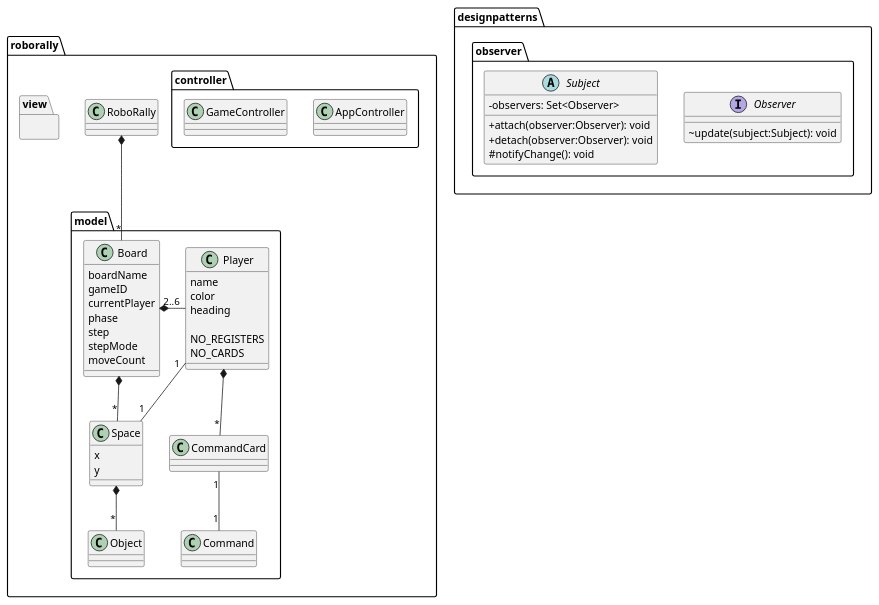
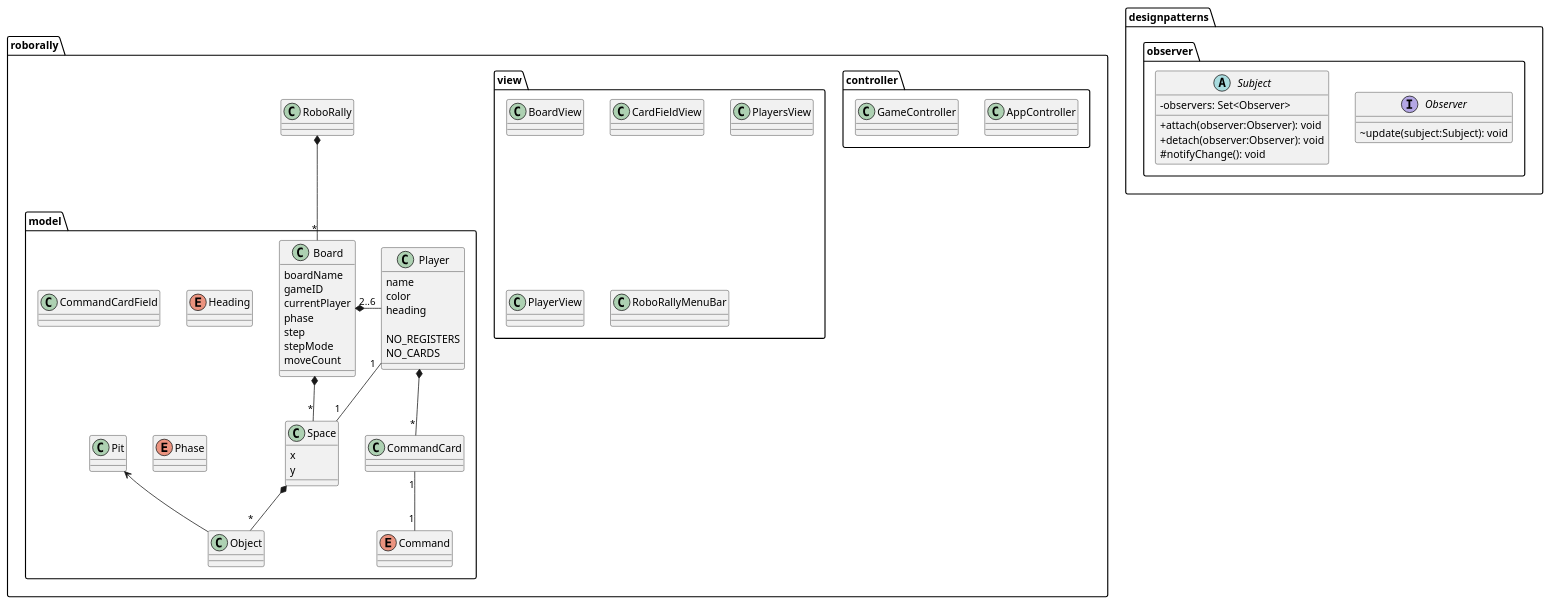
Before and after one commit to DTUSoftware/RoboRally-F22: the diagram in src/main/resources/ClassDiagram.puml, drawn with PlantUML.

Commit message:
Some more stuff

```diff
--- a/src/main/resources/ClassDiagram.puml
+++ b/src/main/resources/ClassDiagram.puml
@@ -1,81 +1,98 @@
 @startuml
 'https://plantuml.com/class-diagram
 
 skinparam classAttributeIconSize 0
 
 package designpatterns.observer {
     interface Observer {
         ~update(subject:Subject): void
     }
     abstract class Subject {
         -observers: Set<Observer>
 
         +attach(observer:Observer): void
         +detach(observer:Observer): void
         #notifyChange(): void
     }
 }
 
 package roborally {
     package controller {
         class AppController {}
         class GameController {}
     }
 
     package model {
         class Board {
             boardName
             gameID
             currentPlayer
             phase
             step
             stepMode
             moveCount
         }
 
+        enum Command {}
+
+        class CommandCard {
+
+        }
+
+        class CommandCardField {
+
+        }
+
+        enum Heading {}
+
+        enum Phase {}
+
         class Player {
             name
             color
             heading
 
             NO_REGISTERS
             NO_CARDS
         }
 
         class Space {
             x
             y
         }
 
         class Object {
         }
 
-        class CommandCard {
+        class Pit {}
 
-        }
-
-        class Command {
-        }
+        Pit <-- Object
     }
 
     package view {
+        class BoardView {}
+        class CardFieldView {}
+        class PlayersView {}
+        class PlayerView {}
+        class RoboRallyMenuBar {}
+        
     }
 
 
     class RoboRally {
     }
 
 
 
     RoboRally *-- "*" Board
     Board *--r "2..6" Player
     Board *-- "*" Space
     Space *-- "*" Object
     Player *-- "*" CommandCard
     CommandCard "1" -- "1" Command
     Player "1" -- "1" Space
 
 }
 
 
 @enduml
```
